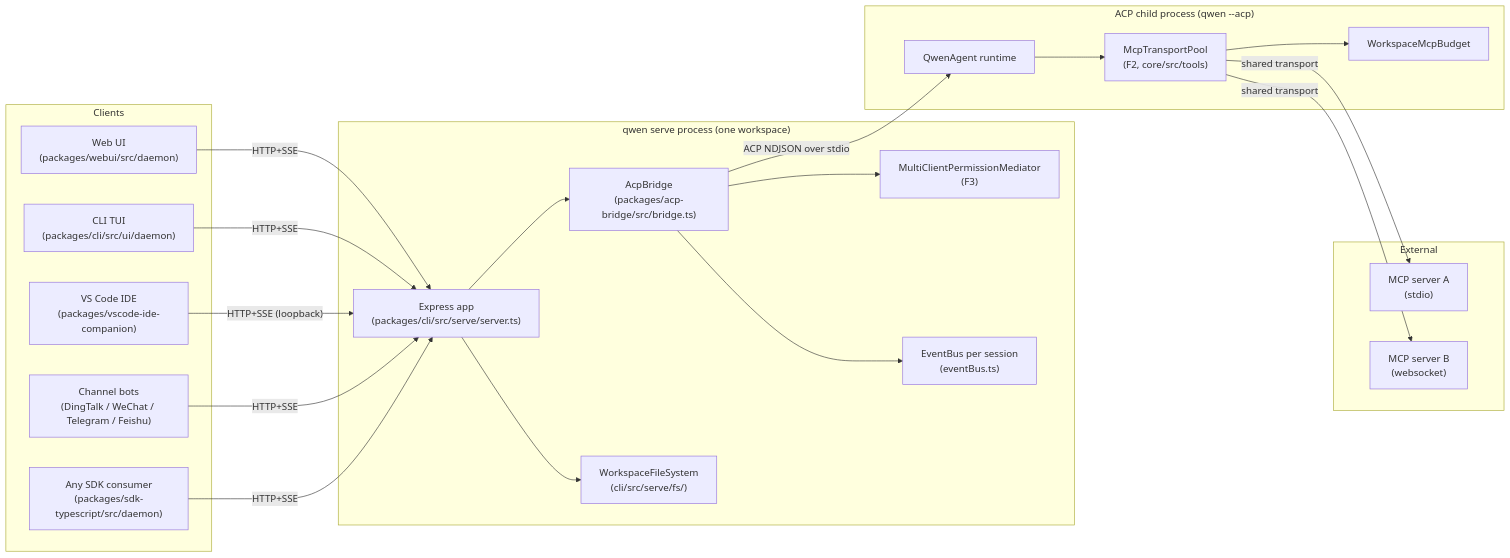
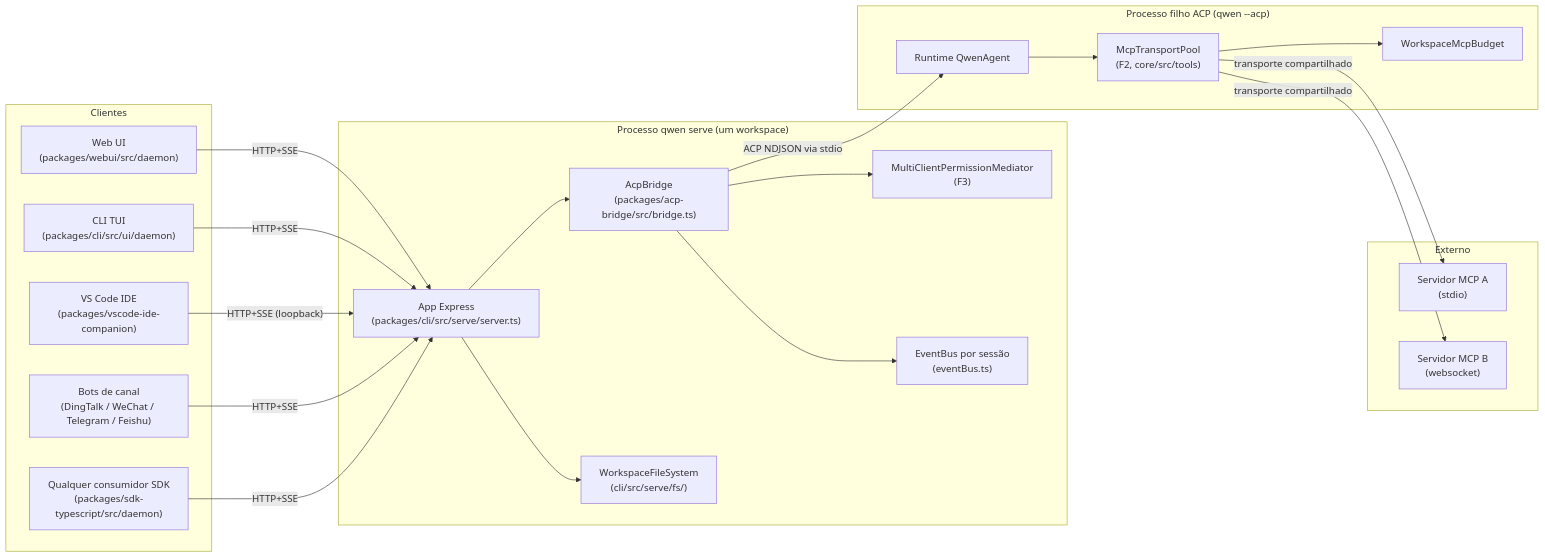
Before and after one commit to QwenLM/qwen-code-docs: the first of 7 diagrams in website/content/pt-BR/developers/daemon/01-architecture.md, drawn with Mermaid. The commit also changed other lines of this file and 1077 other files, not shown here.

````diff
--- a/website/content/pt-BR/developers/daemon/01-architecture.md
+++ b/website/content/pt-BR/developers/daemon/01-architecture.md
@@ -13,46 +13,46 @@
 ```mermaid
 flowchart LR
-    subgraph clients["Clients"]
+    subgraph clients["Clientes"]
         WUI["Web UI<br/>(packages/webui/src/daemon)"]
         TUI["CLI TUI<br/>(packages/cli/src/ui/daemon)"]
         IDE["VS Code IDE<br/>(packages/vscode-ide-companion)"]
-        CH["Channel bots<br/>(DingTalk / WeChat / Telegram / Feishu)"]
-        SDK["Any SDK consumer<br/>(packages/sdk-typescript/src/daemon)"]
+        CH["Bots de canal<br/>(DingTalk / WeChat / Telegram / Feishu)"]
+        SDK["Qualquer consumidor SDK<br/>(packages/sdk-typescript/src/daemon)"]
     end
 
-    subgraph daemon["qwen serve process (one workspace)"]
-        EXP["Express app<br/>(packages/cli/src/serve/server.ts)"]
+    subgraph daemon["Processo qwen serve (um workspace)"]
+        EXP["App Express<br/>(packages/cli/src/serve/server.ts)"]
         BR["AcpBridge<br/>(packages/acp-bridge/src/bridge.ts)"]
         MED["MultiClientPermissionMediator<br/>(F3)"]
-        EB["EventBus per session<br/>(eventBus.ts)"]
+        EB["EventBus por sessão<br/>(eventBus.ts)"]
         FS["WorkspaceFileSystem<br/>(cli/src/serve/fs/)"]
     end
 
-    subgraph child["ACP child process (qwen --acp)"]
-        AGT["QwenAgent runtime"]
+    subgraph child["Processo filho ACP (qwen --acp)"]
+        AGT["Runtime QwenAgent"]
         POOL["McpTransportPool<br/>(F2, core/src/tools)"]
         BDG["WorkspaceMcpBudget"]
     end
 
-    subgraph external["External"]
-        MCP1["MCP server A<br/>(stdio)"]
-        MCP2["MCP server B<br/>(websocket)"]
+    subgraph external["Externo"]
+        MCP1["Servidor MCP A<br/>(stdio)"]
+        MCP2["Servidor MCP B<br/>(websocket)"]
     end
 
     WUI -- "HTTP+SSE" --> EXP
     TUI -- "HTTP+SSE" --> EXP
     IDE -- "HTTP+SSE (loopback)" --> EXP
     CH -- "HTTP+SSE" --> EXP
     SDK -- "HTTP+SSE" --> EXP
 
     EXP --> BR
     BR --> MED
     BR --> EB
     EXP --> FS
 
-    BR -- "ACP NDJSON over stdio" --> AGT
+    BR -- "ACP NDJSON via stdio" --> AGT
     AGT --> POOL
     POOL --> BDG
-    POOL -- "shared transport" --> MCP1
-    POOL -- "shared transport" --> MCP2
+    POOL -- "transporte compartilhado" --> MCP1
+    POOL -- "transporte compartilhado" --> MCP2
 ```
````
